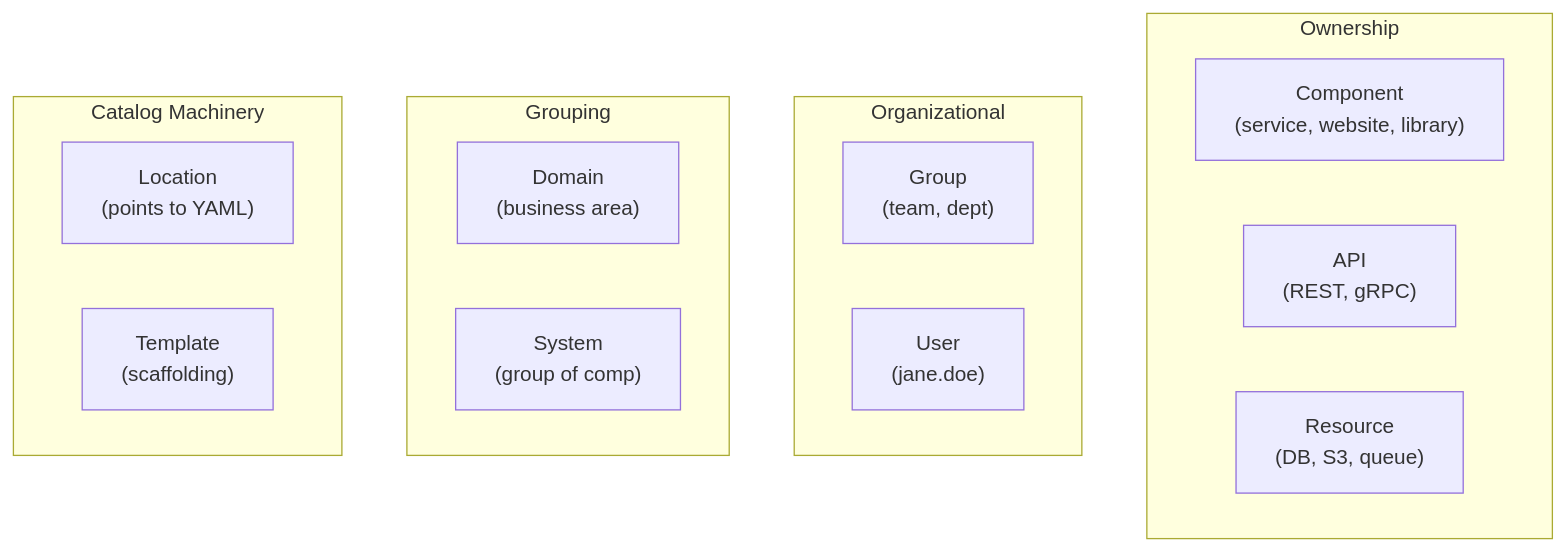
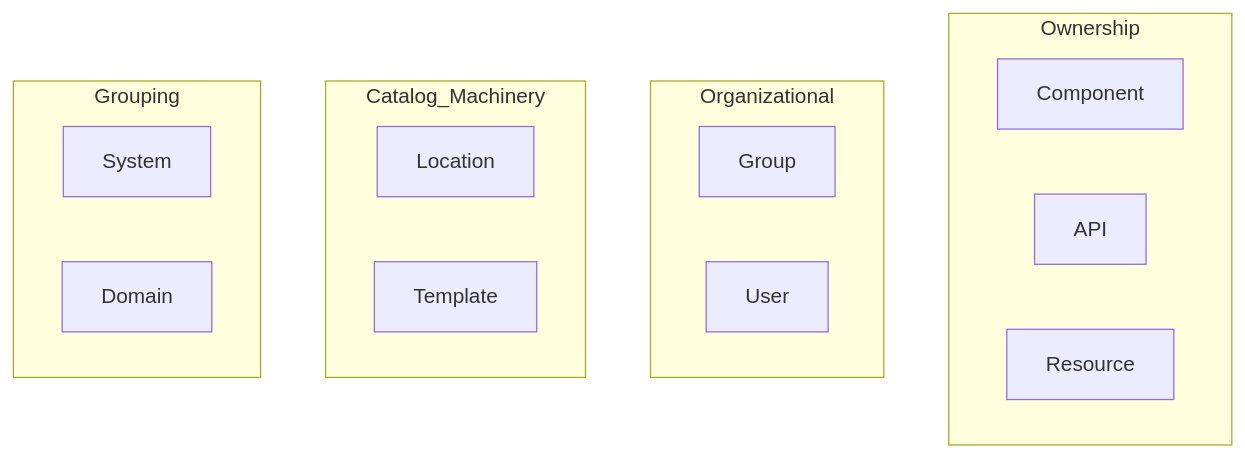
Before and after one commit to kube-dojo/kube-dojo: the first of 4 diagrams in src/content/docs/k8s/cba/module-1.3-backstage-catalog-infrastructure.md, drawn with Mermaid. The commit also changed other lines of this file, not shown here.

Commit message:
chore(content): write-only draft [k8s/cba/module-1.3-backstage-catalog-infrastructure]

````diff
--- a/src/content/docs/k8s/cba/module-1.3-backstage-catalog-infrastructure.md
+++ b/src/content/docs/k8s/cba/module-1.3-backstage-catalog-infrastructure.md
@@ -88,20 +100,20 @@
 ```mermaid
-flowchart TD
+graph TD
     subgraph Ownership
-        Component["Component<br/>(service, website, library)"]
-        API["API<br/>(REST, gRPC)"]
-        Resource["Resource<br/>(DB, S3, queue)"]
+        Component
+        API
+        Resource
     end
     subgraph Organizational
-        Group["Group<br/>(team, dept)"]
-        User["User<br/>(jane.doe)"]
+        Group
+        User
+    end
+    subgraph Catalog_Machinery
+        Location
+        Template
     end
     subgraph Grouping
-        Domain["Domain<br/>(business area)"]
-        System["System<br/>(group of comp)"]
-    end
-    subgraph Catalog Machinery
-        Location["Location<br/>(points to YAML)"]
-        Template["Template<br/>(scaffolding)"]
+        System
+        Domain
     end
 ```
````
